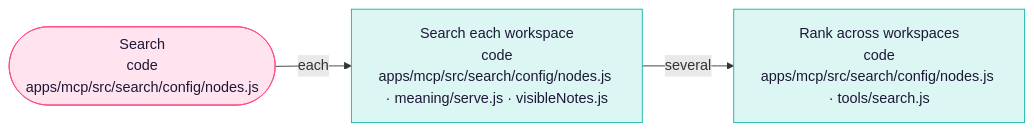
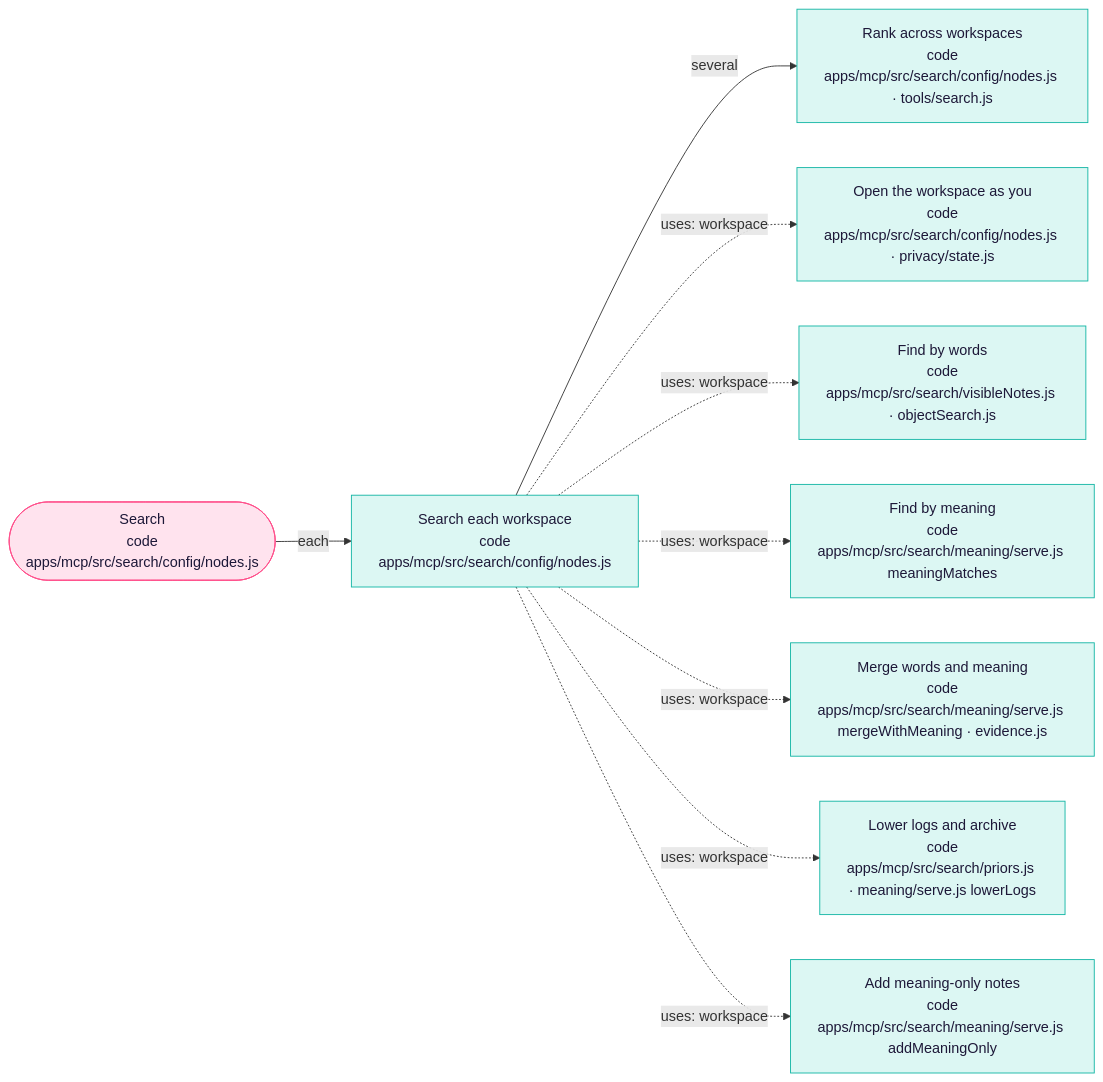
Before and after one commit to Supa-Media/context: the diagram in docs/architecture/search.md, drawn with Mermaid. The commit also changed other lines of this file and 15 other files, not shown here.

First line of the commit message:
Search's graph shows every step it runs, each testable alone

````diff
--- a/docs/architecture/search.md
+++ b/docs/architecture/search.md
@@ -11,13 +11,25 @@
 ```mermaid
 flowchart LR
   n_search(["Search<br/>code<br/>apps/mcp/src/search/config/nodes.js"]):::start
-  n_each["Search each workspace<br/>code<br/>apps/mcp/src/search/config/nodes.js · meaning/serve.js · visibleNotes.js"]:::code
+  n_each["Search each workspace<br/>code<br/>apps/mcp/src/search/config/nodes.js"]:::code
+  n_open["Open the workspace as you<br/>code<br/>apps/mcp/src/search/config/nodes.js · privacy/state.js"]:::code
+  n_words["Find by words<br/>code<br/>apps/mcp/src/search/visibleNotes.js · objectSearch.js"]:::code
+  n_meaning["Find by meaning<br/>code<br/>apps/mcp/src/search/meaning/serve.js meaningMatches"]:::code
+  n_merge["Merge words and meaning<br/>code<br/>apps/mcp/src/search/meaning/serve.js mergeWithMeaning · evidence.js"]:::code
+  n_prior["Lower logs and archive<br/>code<br/>apps/mcp/src/search/priors.js · meaning/serve.js lowerLogs"]:::code
+  n_snippets["Add meaning-only notes<br/>code<br/>apps/mcp/src/search/meaning/serve.js addMeaningOnly"]:::code
   n_fuse["Rank across workspaces<br/>code<br/>apps/mcp/src/search/config/nodes.js · tools/search.js"]:::code
   n_search -->|each| n_each
   n_each -->|several| n_fuse
+  n_each -.->|uses: workspace| n_open
+  n_each -.->|uses: workspace| n_words
+  n_each -.->|uses: workspace| n_meaning
+  n_each -.->|uses: workspace| n_merge
+  n_each -.->|uses: workspace| n_prior
+  n_each -.->|uses: workspace| n_snippets
   classDef start fill:#ffe3ee,stroke:#ff4f8b,color:#1d1838
   classDef code fill:#dcf7f3,stroke:#11b5a4,color:#1d1838
   classDef model fill:#ece5ff,stroke:#7b4dff,color:#1d1838
   classDef tool fill:#fff0e2,stroke:#ff8a2a,color:#1d1838
   classDef off fill:#eeeeee,stroke:#999999,color:#555555,stroke-dasharray:4 3
 ```
````
